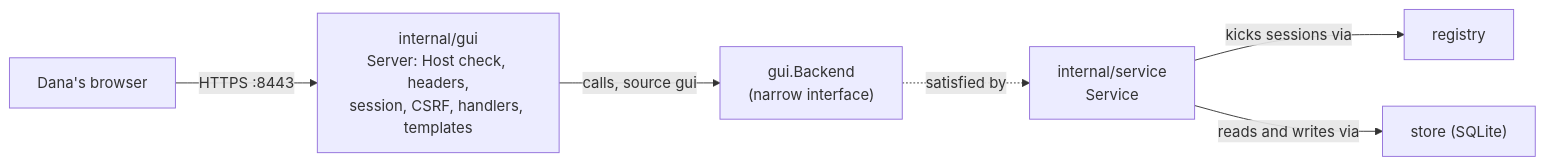
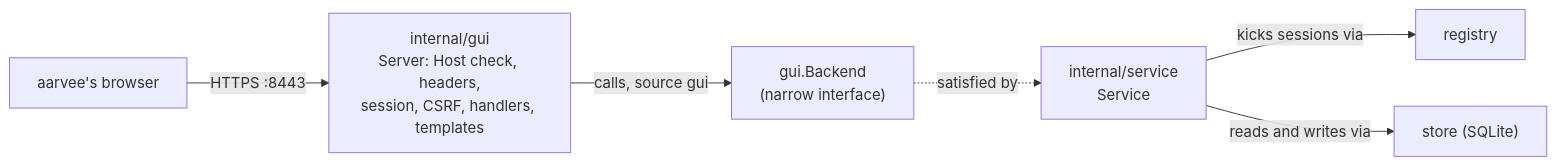
Before and after one commit to mirastacklabs-ai/mirafleet: the seventh of 11 diagrams in docs/guide/03-architecture.md, drawn with Mermaid. The commit also changed other lines of this file and 29 other files, not shown here.

````diff
--- a/docs/guide/03-architecture.md
+++ b/docs/guide/03-architecture.md
@@ -387,14 +389,14 @@
 ```mermaid
 flowchart LR
-  BR["Dana's browser"]
+  BR["aarvee's browser"]
   GUI["internal/gui<br/>Server: Host check, headers,<br/>session, CSRF, handlers, templates"]
   BE["gui.Backend<br/>(narrow interface)"]
   SVC["internal/service<br/>Service"]
   REG["registry"]
   ST["store (SQLite)"]
   BR -- "HTTPS :8443" --> GUI
   GUI -- "calls, source gui" --> BE
   BE -. "satisfied by" .-> SVC
   SVC -- "kicks sessions via" --> REG
   SVC -- "reads and writes via" --> ST
 ```
````
